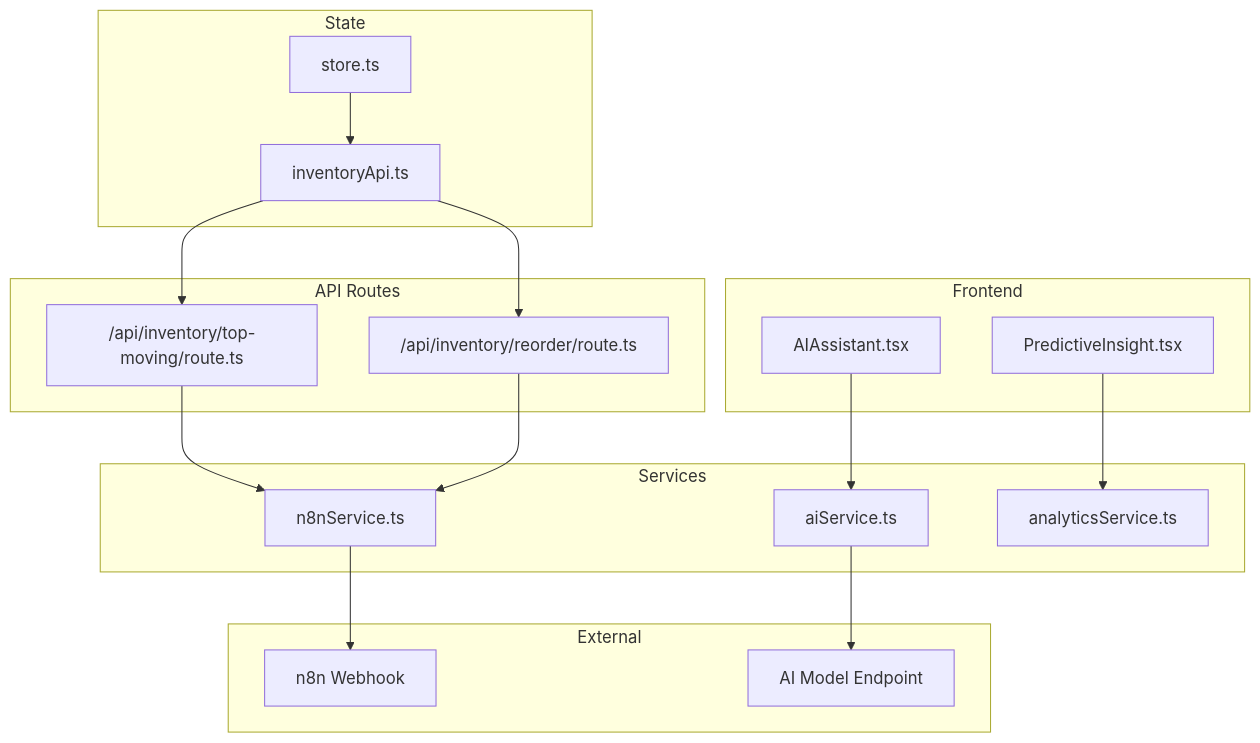
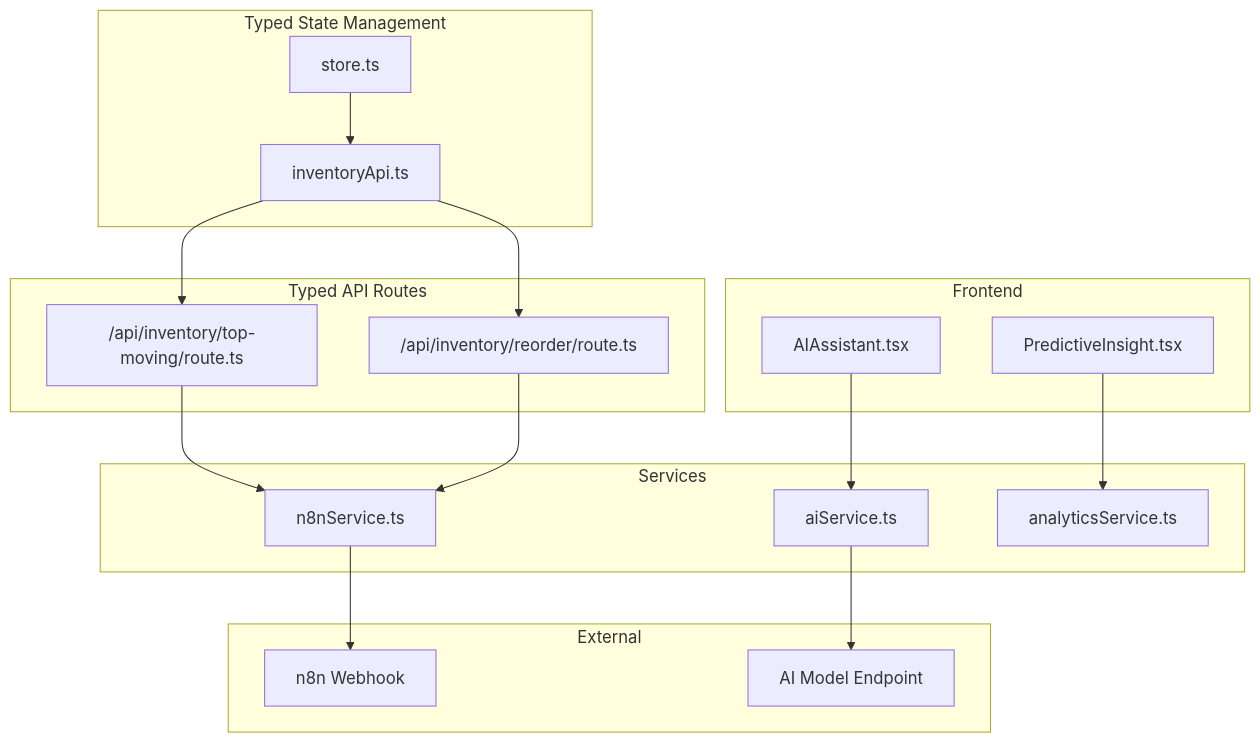
One commit to cacamarica/dashboard-ai changed the first of 3 diagrams in .qoder/repowiki/en/content/API Integration/API Integration.md. Above: the diagram before and after it, drawn with Mermaid. The commit also changed other lines of this file and 14 other files, not shown here.

````diff
--- a/.qoder/repowiki/en/content/API Integration/API Integration.md
+++ b/.qoder/repowiki/en/content/API Integration/API Integration.md
@@ -42,33 +49,33 @@
 ```mermaid
 graph TB
 subgraph "Frontend"
 UI_AI["AIAssistant.tsx"]
 UI_Predictive["PredictiveInsight.tsx"]
 end
-subgraph "API Routes"
+subgraph "Typed API Routes"
 API_Top["/api/inventory/top-moving/route.ts"]
 API_Reorder["/api/inventory/reorder/route.ts"]
 end
 subgraph "Services"
 S_N8N["n8nService.ts"]
 S_AI["aiService.ts"]
 S_Analytics["analyticsService.ts"]
 end
-subgraph "State"
+subgraph "Typed State Management"
 RTK["inventoryApi.ts"]
 Store["store.ts"]
 end
 subgraph "External"
 N8N["n8n Webhook"]
 AI_Model["AI Model Endpoint"]
 end
 UI_AI --> S_AI
 UI_Predictive --> S_Analytics
 API_Top --> S_N8N
 API_Reorder --> S_N8N
 S_N8N --> N8N
 S_AI --> AI_Model
 RTK --> API_Top
 RTK --> API_Reorder
 Store --> RTK
 ```
````
